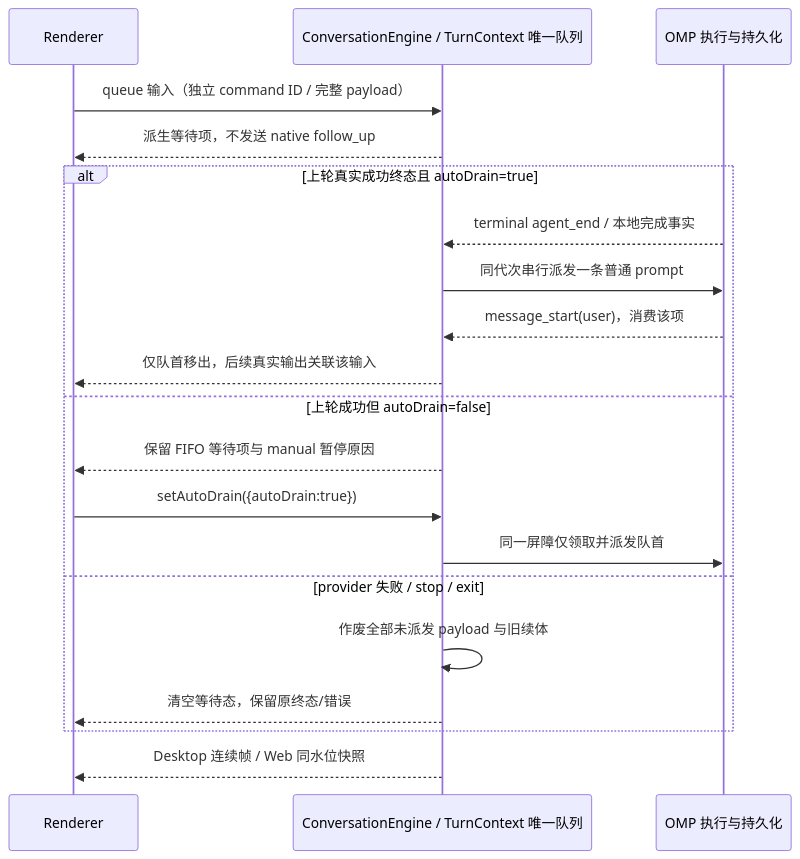
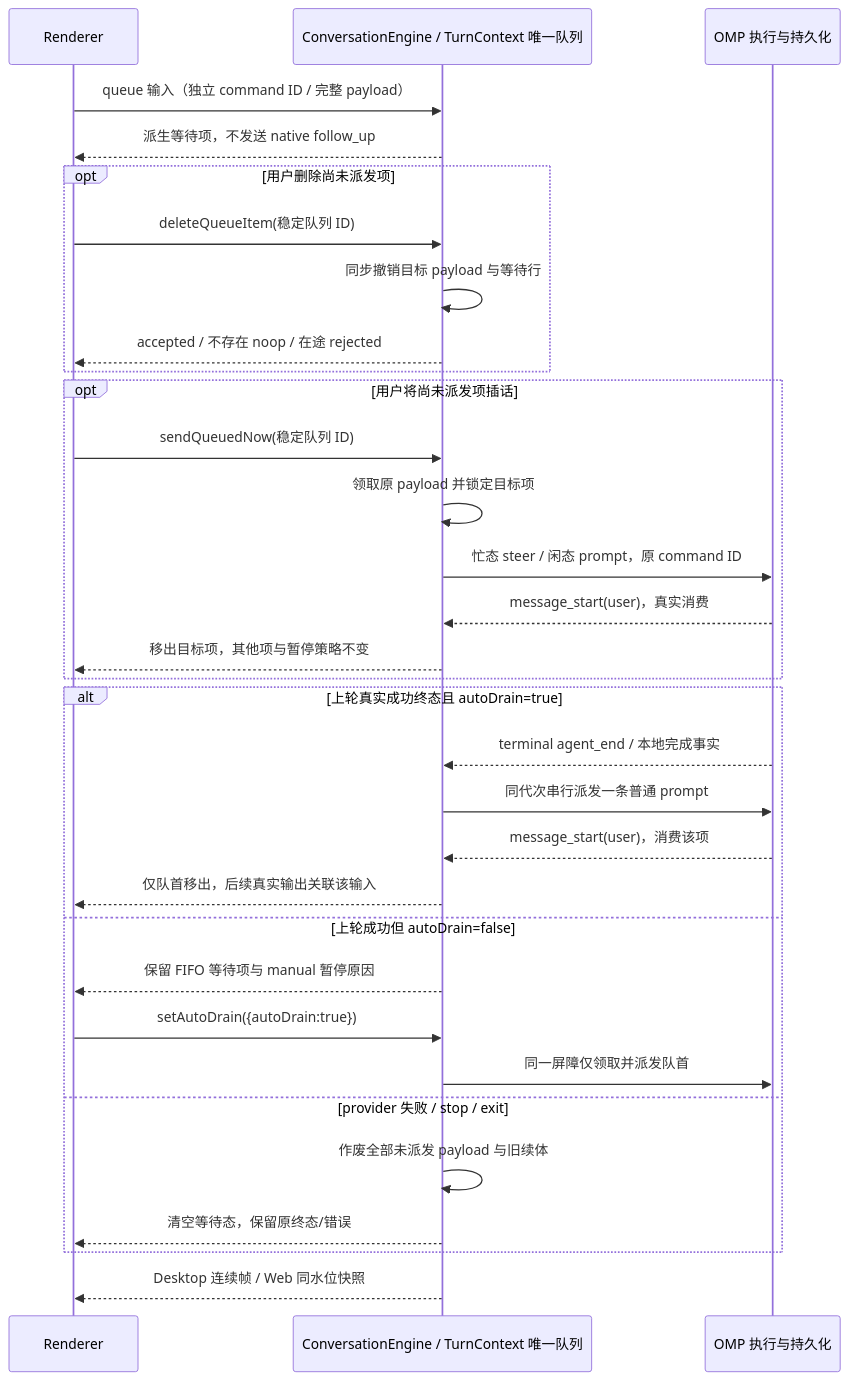
One commit to jchanghong023/OmpCode changed the first of 4 diagrams in docs/requirements/session-recovery.md. Above: the diagram before and after it, drawn with Mermaid. The commit also changed other lines of this file and 22 other files, not shown here.

````diff
--- a/docs/requirements/session-recovery.md
+++ b/docs/requirements/session-recovery.md
@@ -76,22 +78,34 @@
 ```mermaid
 sequenceDiagram
   participant UI as Renderer
   participant Adapter as ConversationEngine / TurnContext 唯一队列
   participant Core as OMP 执行与持久化
   UI->>Adapter: queue 输入（独立 command ID / 完整 payload）
   Adapter-->>UI: 派生等待项，不发送 native follow_up
+  opt 用户删除尚未派发项
+    UI->>Adapter: deleteQueueItem(稳定队列 ID)
+    Adapter->>Adapter: 同步撤销目标 payload 与等待行
+    Adapter-->>UI: accepted / 不存在 noop / 在途 rejected
+  end
+  opt 用户将尚未派发项插话
+    UI->>Adapter: sendQueuedNow(稳定队列 ID)
+    Adapter->>Adapter: 领取原 payload 并锁定目标项
+    Adapter->>Core: 忙态 steer / 闲态 prompt，原 command ID
+    Core-->>Adapter: message_start(user)，真实消费
+    Adapter-->>UI: 移出目标项，其他项与暂停策略不变
+  end
   alt 上轮真实成功终态且 autoDrain=true
     Core-->>Adapter: terminal agent_end / 本地完成事实
     Adapter->>Core: 同代次串行派发一条普通 prompt
     Core-->>Adapter: message_start(user)，消费该项
     Adapter-->>UI: 仅队首移出，后续真实输出关联该输入
   else 上轮成功但 autoDrain=false
     Adapter-->>UI: 保留 FIFO 等待项与 manual 暂停原因
     UI->>Adapter: setAutoDrain({autoDrain:true})
     Adapter->>Core: 同一屏障仅领取并派发队首
   else provider 失败 / stop / exit
     Adapter->>Adapter: 作废全部未派发 payload 与旧续体
     Adapter-->>UI: 清空等待态，保留原终态/错误
   end
   Adapter-->>UI: Desktop 连续帧 / Web 同水位快照
 ```
````
